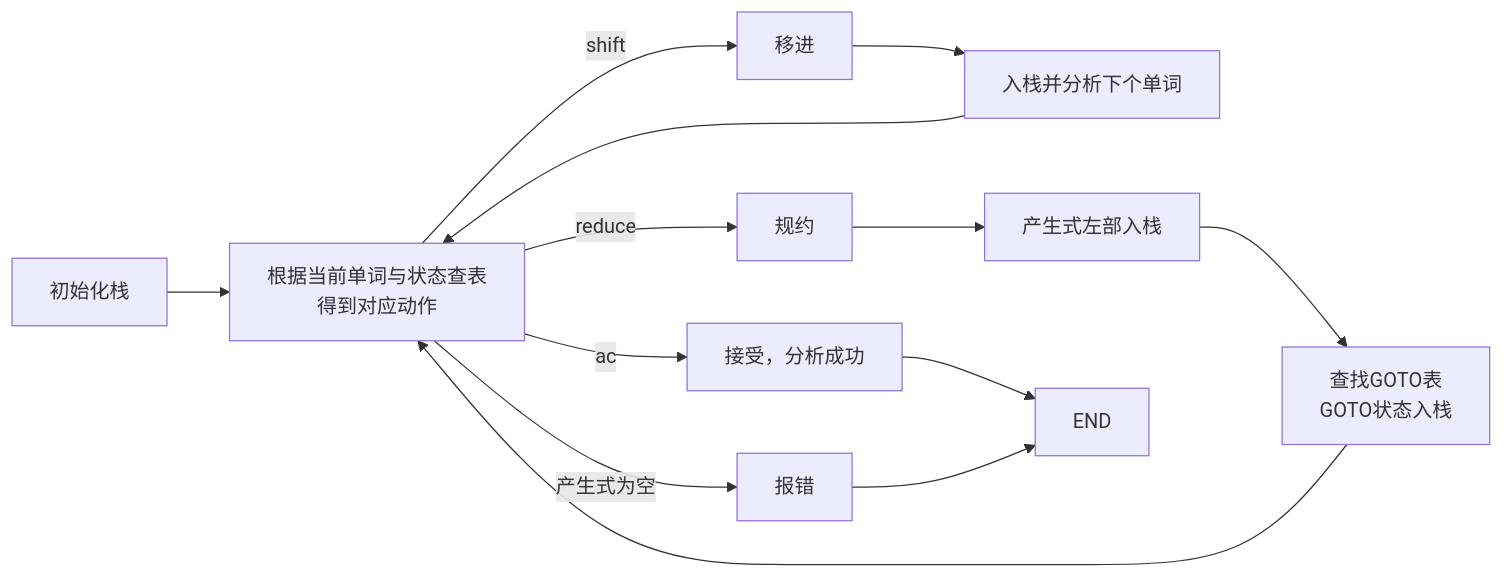
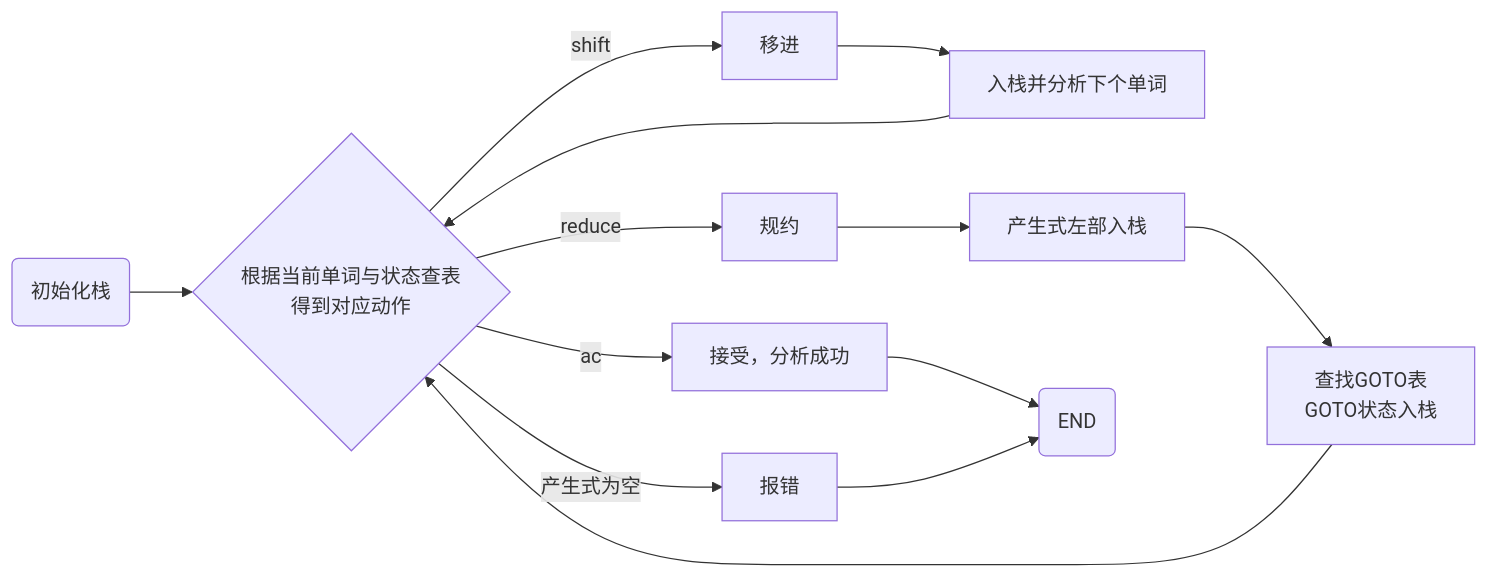
One commit to SilentInt/Notes changed the diagram in compilation_lab/编译原理实验二.md. Above: the diagram before and after it, drawn with Mermaid. The commit also changed other lines of this file, not shown here.

Commit message:
new database

````diff
--- a/compilation_lab/编译原理实验二.md
+++ b/compilation_lab/编译原理实验二.md
@@ -293,12 +293,12 @@
 ```mermaid
 graph LR
-A[初始化栈] --> B[根据当前单词与状态查表\n得到对应动作]
+A(初始化栈) --> B{根据当前单词与状态查表\n得到对应动作}
 B --> |shift| C[移进]
 	C --> C1[入栈并分析下个单词] --> B
 B --> |reduce| D[规约]
 	D --> D1[产生式左部入栈] 
 	--> D2[查找GOTO表\nGOTO状态入栈]
 	--> B
-B --> |ac| E[接受，分析成功] --> END
-B --> |产生式为空| F[报错] -->END
+B --> |ac| E[接受，分析成功] --> ED(END)
+B --> |产生式为空| F[报错] -->ED(END)
 ```
````
